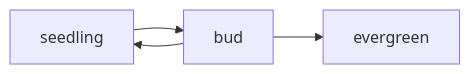
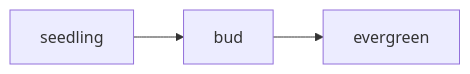
Before and after one commit to truly-tranquil/digital-garden: the diagram in docs/for-my-reference/reference-page.md, drawn with Mermaid. The commit also changed other lines of this file and 46 other files, not shown here.

````diff
--- a/docs/for-my-reference/reference-page.md
+++ b/docs/for-my-reference/reference-page.md
@@ -672,5 +707,4 @@
 ```mermaid
 graph LR
     seedling --> bud --> evergreen
-    bud --> seedling
 ```
````
